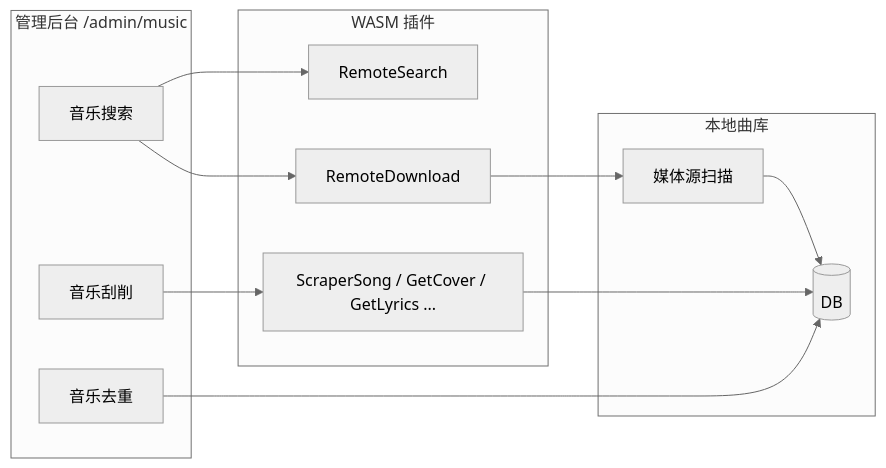
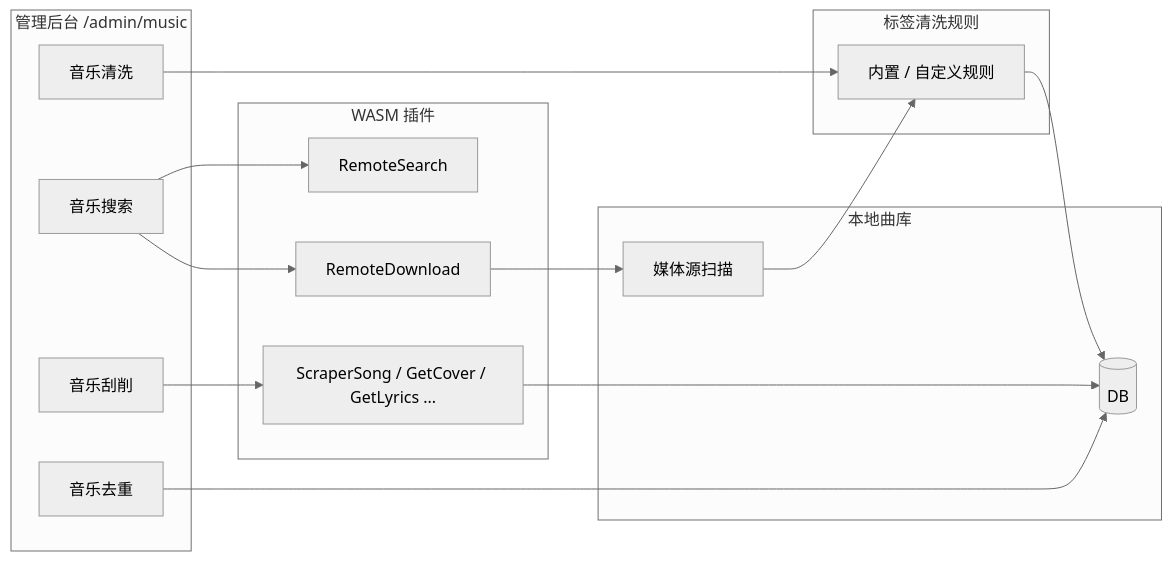
One commit to AnsGoo/music-free-site changed the diagram in docs/music.md. Above: the diagram before and after it, drawn with Mermaid (neutral theme). The commit also changed other lines of this file and 5 other files, not shown here.

````diff
--- a/docs/music.md
+++ b/docs/music.md
@@ -28,24 +29,30 @@
 ```mermaid
 flowchart LR
   subgraph admin [管理后台 /admin/music]
     S[音乐搜索]
     D[音乐去重]
+    CL[音乐清洗]
     C[音乐刮削]
   end
   subgraph plugins [WASM 插件]
     RS[RemoteSearch]
     RD[RemoteDownload]
     SS[ScraperSong / GetCover / GetLyrics ...]
+  end
+  subgraph rules [标签清洗规则]
+    R[内置 / 自定义规则]
   end
   subgraph library [本地曲库]
     MS[媒体源扫描]
     DB[(DB)]
   end
   S --> RS
   S --> RD
   RD --> MS
-  MS --> DB
+  MS --> R
+  CL --> R
+  R --> DB
   C --> SS
   SS --> DB
   D --> DB
 ```
````
